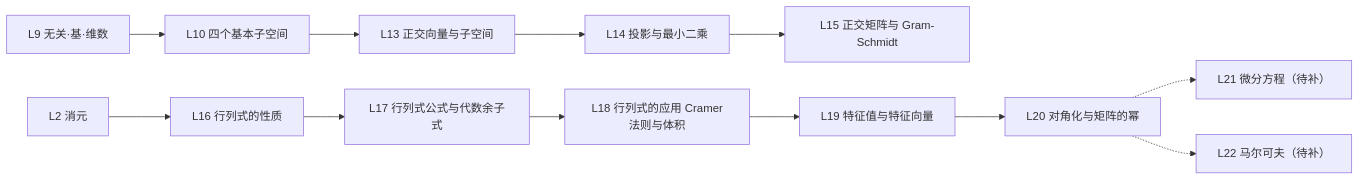
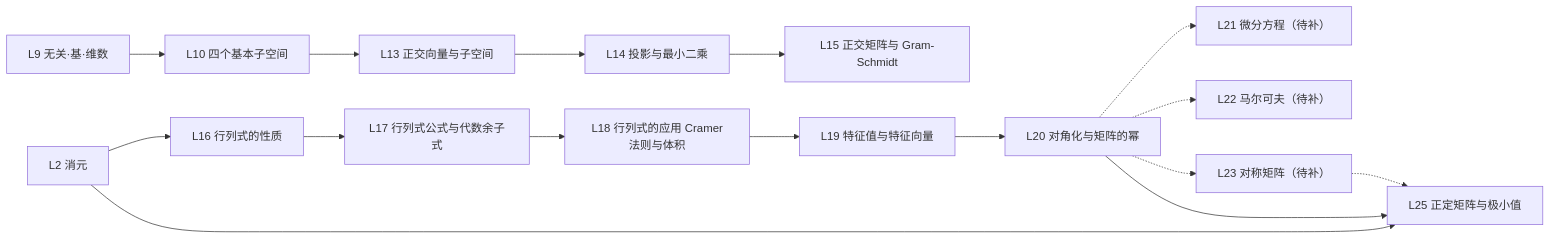
One commit to Korotomx/STD changed the diagram in Math/Linear Algebra/主页.md. Above: the diagram before and after it, drawn with Mermaid. The commit also changed other lines of this file and 9 other files, not shown here.

````diff
--- a/Math/Linear Algebra/主页.md
+++ b/Math/Linear Algebra/主页.md
@@ -47,14 +51,18 @@
 ```mermaid
 flowchart LR
     L9["L9 无关·基·维数"] --> L10["L10 四个基本子空间"]
     L10 --> L13["L13 正交向量与子空间"]
     L13 --> L14["L14 投影与最小二乘"]
     L14 --> L15["L15 正交矩阵与 Gram-Schmidt"]
     L2["L2 消元"] --> L16["L16 行列式的性质"]
     L16 --> L17["L17 行列式公式与代数余子式"]
     L17 --> L18["L18 行列式的应用 Cramer法则与体积"]
     L18 --> L19["L19 特征值与特征向量"]
     L19 --> L20["L20 对角化与矩阵的幂"]
     L20 -.-> L21["L21 微分方程（待补）"]
     L20 -.-> L22["L22 马尔可夫（待补）"]
+    L20 -.-> L23["L23 对称矩阵（待补）"]
+    L23 -.-> L25["L25 正定矩阵与极小值"]
+    L20 --> L25
+    L2 --> L25
 ```
````
